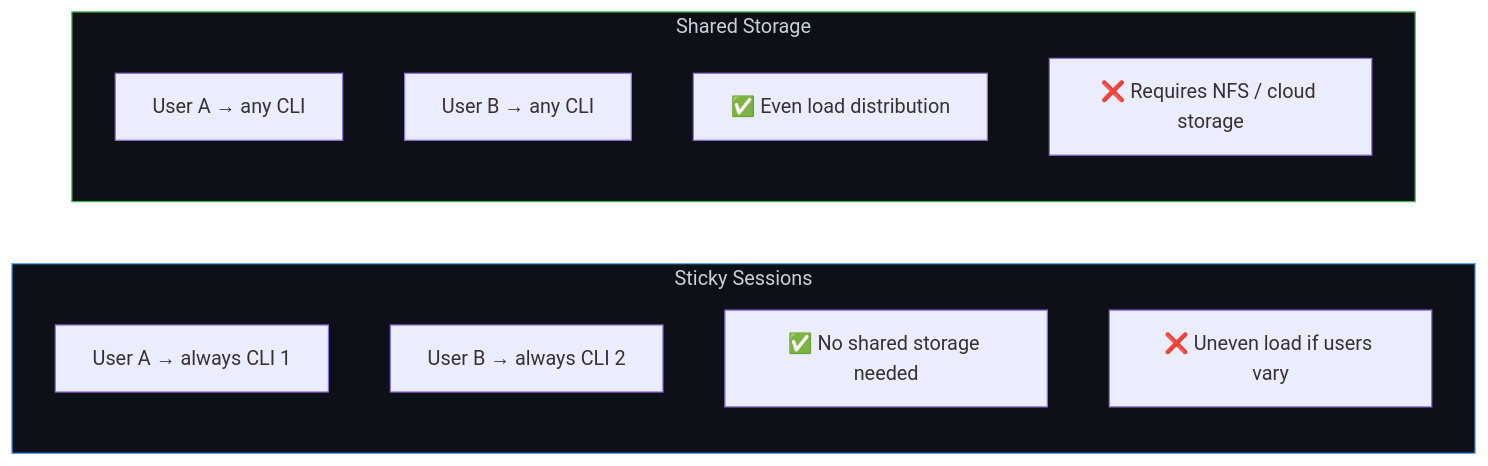
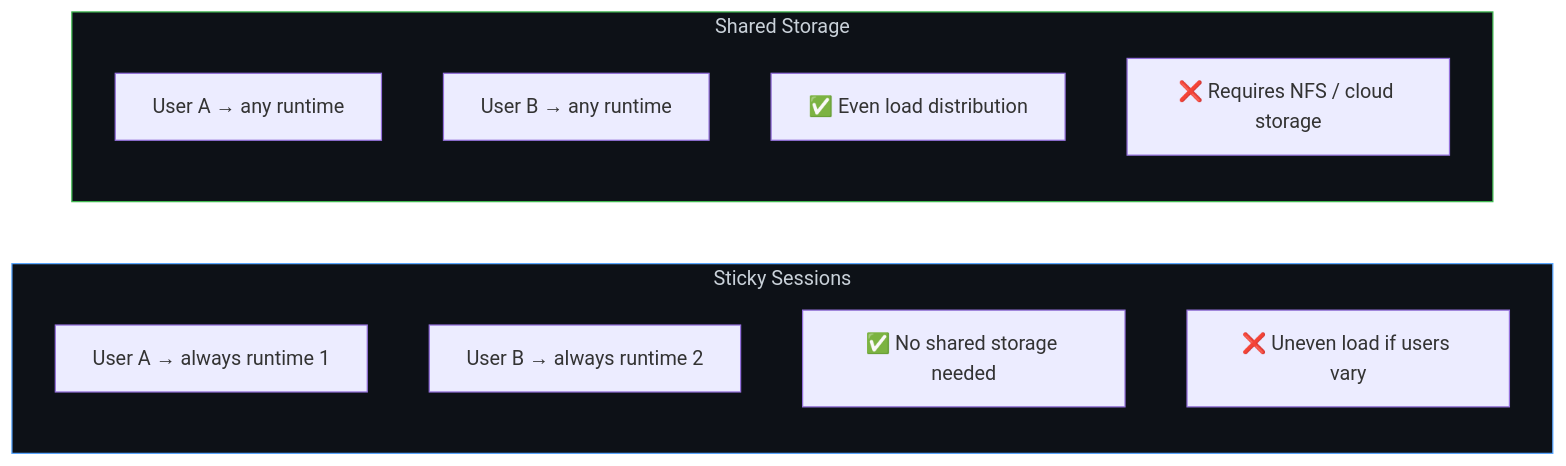
The sixth of 10 diagrams in docs/setup/scaling.md (jeremiahjordanisaacson/copilot-sdk-supercharged), drawn with Mermaid before and after one commit. The commit also changed other lines of this file and 35 other files, not shown here.

````diff
--- a/docs/setup/scaling.md
+++ b/docs/setup/scaling.md
@@ -496,21 +496,21 @@
 ```mermaid
 flowchart LR
     subgraph Sticky["Sticky Sessions"]
         direction TB
-        S1["User A → always CLI 1"]
-        S2["User B → always CLI 2"]
+        S1["User A → always runtime 1"]
+        S2["User B → always runtime 2"]
         S3["✅ No shared storage needed"]
         S4["❌ Uneven load if users vary"]
     end
 
     subgraph Shared["Shared Storage"]
         direction TB
-        SH1["User A → any CLI"]
-        SH2["User B → any CLI"]
+        SH1["User A → any runtime"]
+        SH2["User B → any runtime"]
         SH3["✅ Even load distribution"]
         SH4["❌ Requires NFS / cloud storage"]
     end
 
     style Sticky fill:#0d1117,stroke:#58a6ff,color:#c9d1d9
     style Shared fill:#0d1117,stroke:#3fb950,color:#c9d1d9
 ```
````
